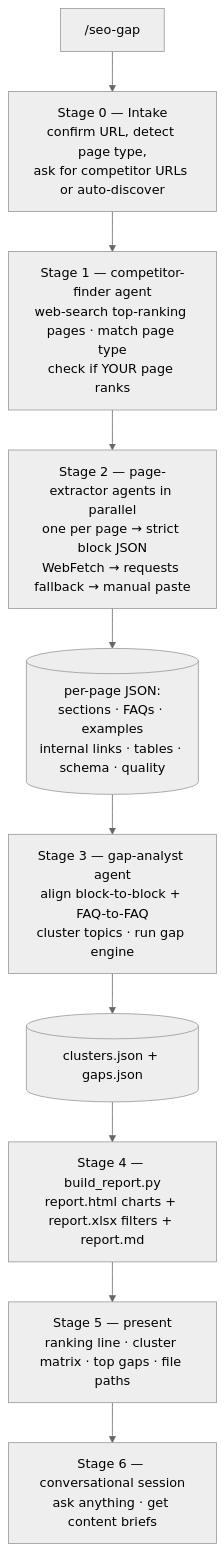
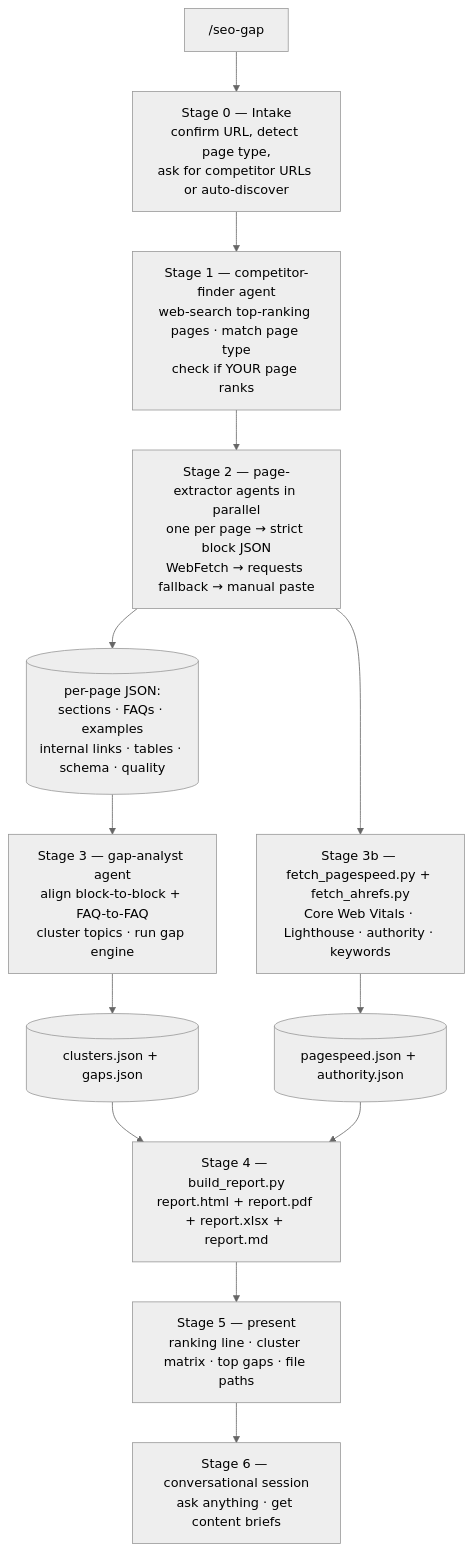
The diagram in docs/FLOW.md (tanish-24-git/Seo-content-writer-Claude-plugin), drawn with Mermaid (neutral theme) before and after one commit. The commit also changed other lines of this file and 17 other files, not shown here.

First line of the commit message:
feat: page speed (PageSpeed Insights) + authority (Ahrefs) + professional HTML/PDF/XLSX report (v0.7.0)

````diff
--- a/docs/FLOW.md
+++ b/docs/FLOW.md
@@ -3,12 +3,15 @@
 ```mermaid
 flowchart TD
     A["/seo-gap <your-url>"] --> B[Stage 0 — Intake<br/>confirm URL, detect page type,<br/>ask for competitor URLs or auto-discover]
     B --> C[Stage 1 — competitor-finder agent<br/>web-search top-ranking pages · match page type<br/>check if YOUR page ranks]
     C --> D[Stage 2 — page-extractor agents in parallel<br/>one per page → strict block JSON<br/>WebFetch → requests fallback → manual paste]
     D --> E[(per-page JSON:<br/>sections · FAQs · examples<br/>internal links · tables · schema · quality)]
     E --> F[Stage 3 — gap-analyst agent<br/>align block-to-block + FAQ-to-FAQ<br/>cluster topics · run gap engine]
     F --> G[(clusters.json + gaps.json)]
-    G --> H[Stage 4 — build_report.py<br/>report.html charts + report.xlsx filters + report.md]
+    D --> P[Stage 3b — fetch_pagespeed.py + fetch_ahrefs.py<br/>Core Web Vitals · Lighthouse · authority · keywords]
+    P --> Q[(pagespeed.json + authority.json)]
+    G --> H[Stage 4 — build_report.py<br/>report.html + report.pdf + report.xlsx + report.md]
+    Q --> H
     H --> I[Stage 5 — present<br/>ranking line · cluster matrix · top gaps · file paths]
     I --> J[Stage 6 — conversational session<br/>ask anything · get content briefs]
 ```
````
